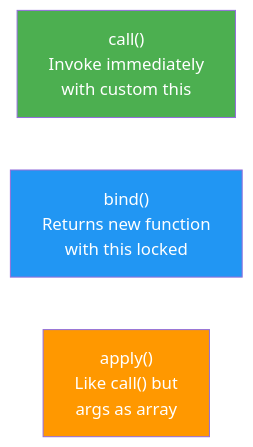
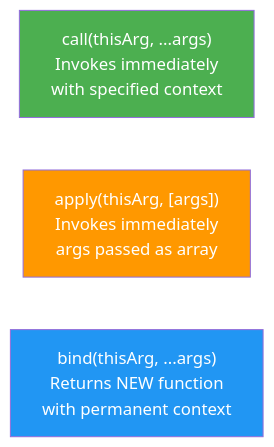
One commit to RajkishoreJena30/StudyNote changed the sixth of 6 diagrams in JavaScript/JavaScript-Core-Concepts-Part-2.md. Above: the diagram before and after it, drawn with Mermaid. The commit also changed other lines of this file, not shown here.

````diff
--- a/JavaScript/JavaScript-Core-Concepts-Part-2.md
+++ b/JavaScript/JavaScript-Core-Concepts-Part-2.md
@@ -555,9 +684,9 @@
 ```mermaid
 flowchart LR
-    CA["call()\nInvoke immediately\nwith custom this"] 
-    BI["bind()\nReturns new function\nwith this locked"]
-    AP["apply()\nLike call() but\nargs as array"]
+    CA["call(thisArg, ...args)\nInvokes immediately\nwith specified context"]
+    AP["apply(thisArg, [args])\nInvokes immediately\nargs passed as array"]
+    BI["bind(thisArg, ...args)\nReturns NEW function\nwith permanent context"]
     style CA fill:#4CAF50,color:#fff
+    style AP fill:#FF9800,color:#fff
     style BI fill:#2196F3,color:#fff
-    style AP fill:#FF9800,color:#fff
 ```
````
